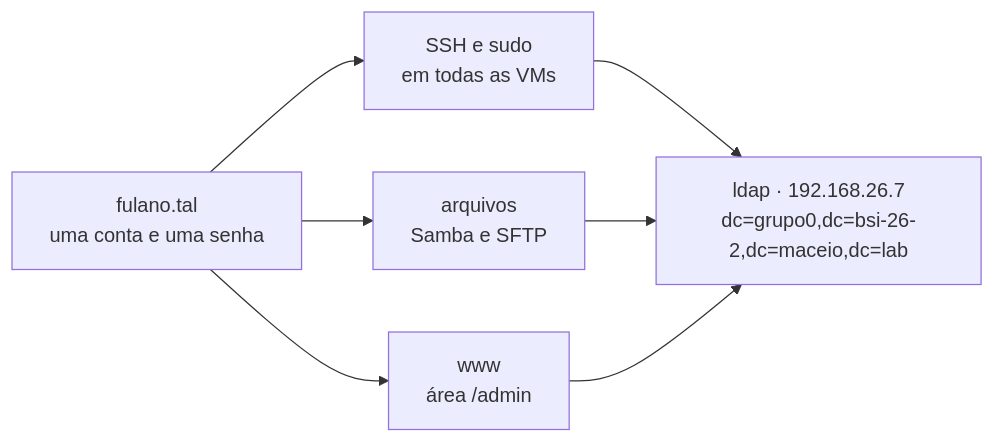
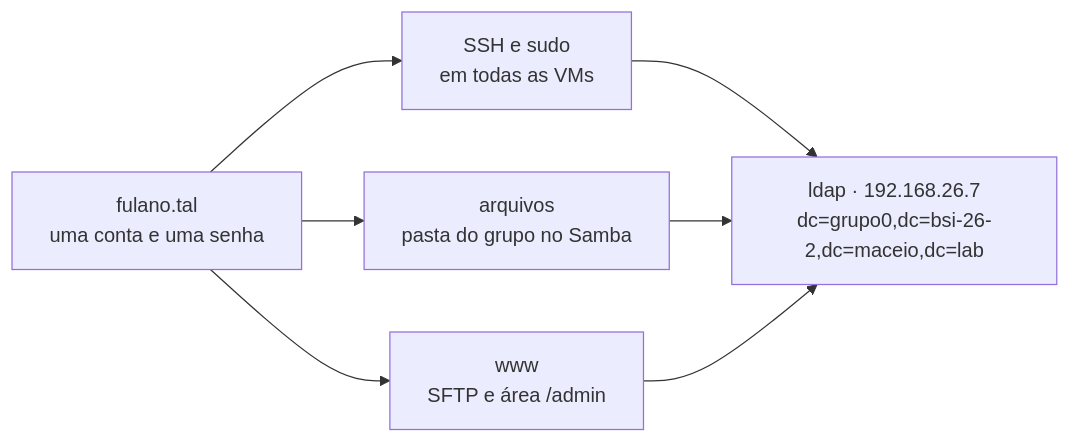
One commit to alaelson/labredes-2026.2 changed the second of 2 diagrams in projeto-final/README.md. Above: the diagram before and after it, drawn with Mermaid. The commit also changed other lines of this file and 4 other files, not shown here.

First line of the commit message:
Aula 10 com LDAP, SSSD e Samba; Aula 11 só LAMP com SFTP

````diff
--- a/projeto-final/README.md
+++ b/projeto-final/README.md
@@ -75,10 +75,10 @@
 ```mermaid
 flowchart LR
     U["fulano.tal<br/>uma conta e uma senha"]
     U --> SSH["SSH e sudo<br/>em todas as VMs"]
-    U --> ARQ["arquivos<br/>Samba e SFTP"]
-    U --> WWW["www<br/>área /admin"]
+    U --> ARQ["arquivos<br/>pasta do grupo no Samba"]
+    U --> WWW["www<br/>SFTP e área /admin"]
     SSH --> LDAP["ldap · 192.168.26.7<br/>dc=grupo0,dc=bsi-26-2,dc=maceio,dc=lab"]
     ARQ --> LDAP
     WWW --> LDAP
 ```
````
